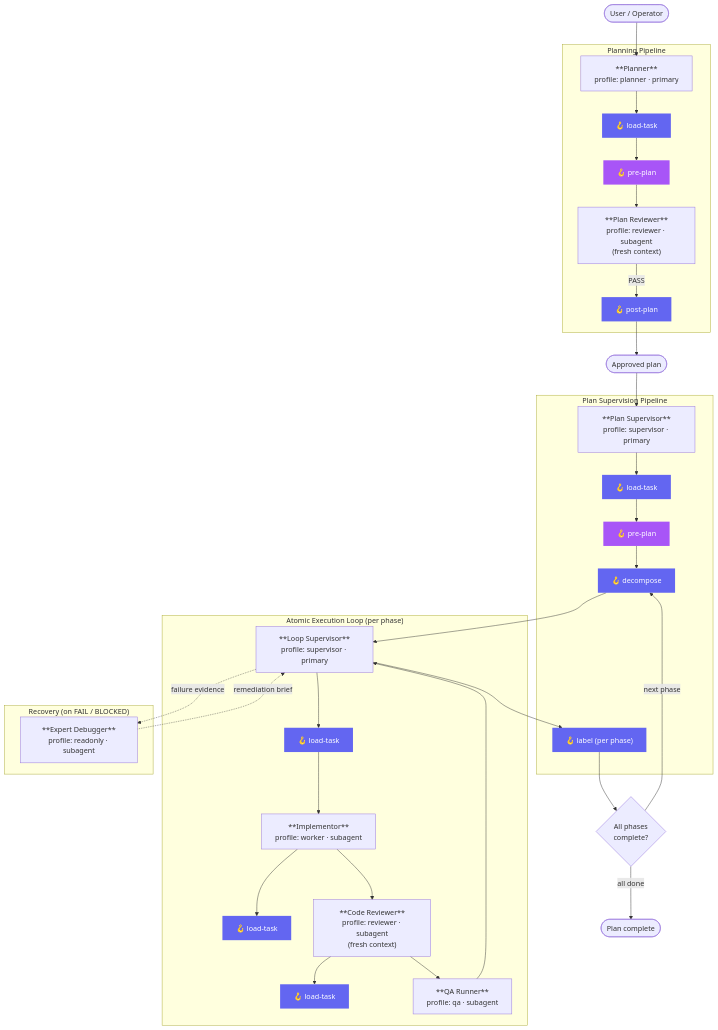
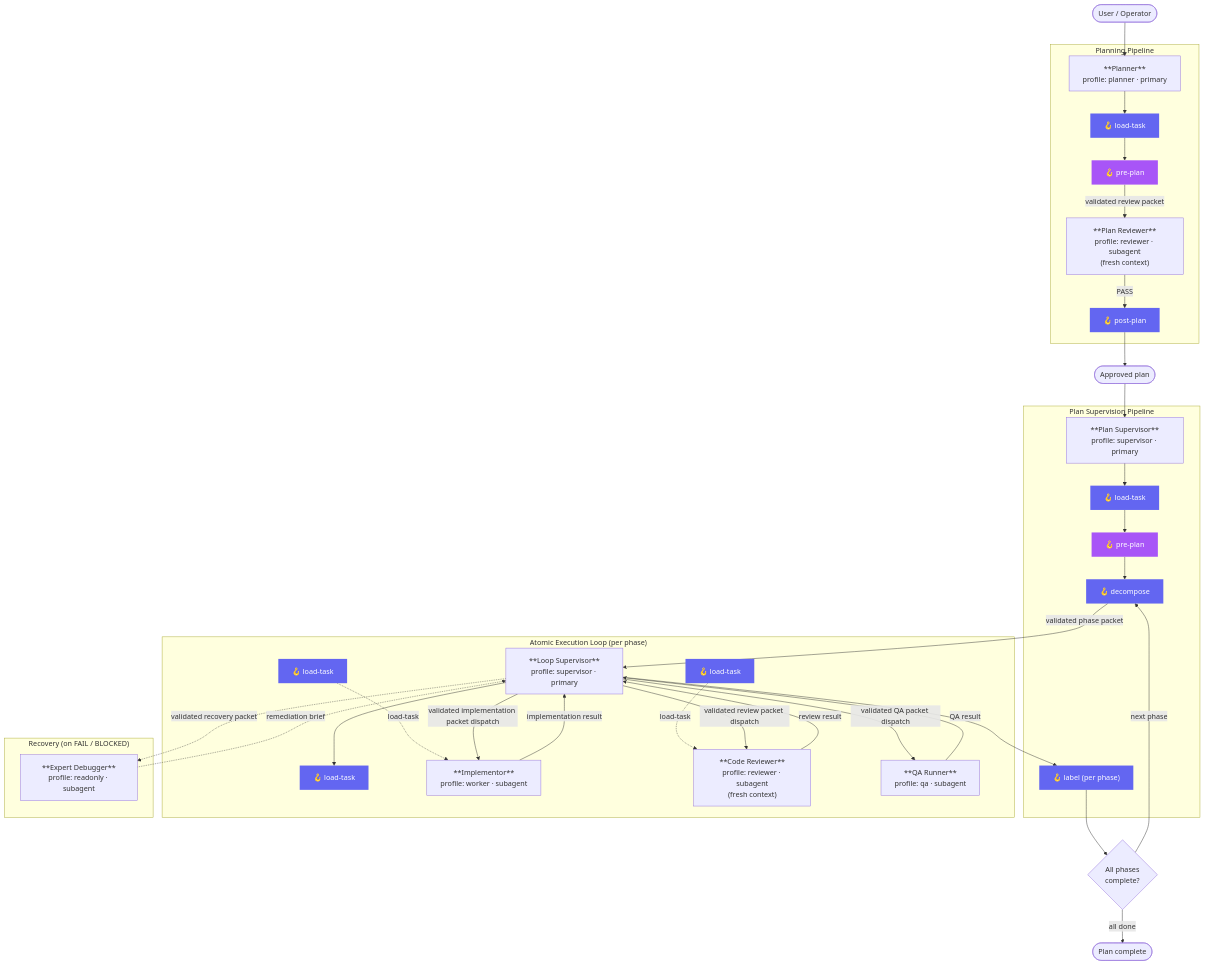
Before and after one commit to ericmaster/agent-fabric: the diagram in docs/architecture/system-overview.md, drawn with Mermaid. The commit also changed other lines of this file and 22 other files, not shown here.

````diff
--- a/docs/architecture/system-overview.md
+++ b/docs/architecture/system-overview.md
@@ -8,68 +11,71 @@
 ```mermaid
 flowchart TD
     USER([User / Operator]) --> PLANNER
 
     subgraph "Planning Pipeline"
         PLANNER["**Planner**\nprofile: planner · primary"]
         H_LT1["🪝 load-task"]
         H_PP1["🪝 pre-plan"]
         PREV["**Plan Reviewer**\nprofile: reviewer · subagent\n(fresh context)"]
         H_POST1["🪝 post-plan"]
     end
 
-    PLANNER --> H_LT1 --> H_PP1 --> PREV
+    PLANNER --> H_LT1 --> H_PP1 -->|"validated review packet"| PREV
     PREV -- PASS --> H_POST1
 
     H_POST1 --> APPROVED([Approved plan])
 
     subgraph "Plan Supervision Pipeline"
         PSUP["**Plan Supervisor**\nprofile: supervisor · primary"]
         H_LT2["🪝 load-task"]
         H_PP2["🪝 pre-plan"]
         H_DEC2["🪝 decompose"]
         H_LBL2["🪝 label (per phase)"]
     end
 
     APPROVED --> PSUP
     PSUP --> H_LT2 --> H_PP2 --> H_DEC2
 
     subgraph "Atomic Execution Loop (per phase)"
         LSUP["**Loop Supervisor**\nprofile: supervisor · primary"]
         H_LT3["🪝 load-task"]
         IMPL["**Implementor**\nprofile: worker · subagent"]
         IMPL_H_LT["🪝 load-task"]
         CREV["**Code Reviewer**\nprofile: reviewer · subagent\n(fresh context)"]
         CREV_H_LT["🪝 load-task"]
         QAR["**QA Runner**\nprofile: qa · subagent"]
     end
 
-    H_DEC2 --> LSUP
-    LSUP --> H_LT3 --> IMPL
-    IMPL --> IMPL_H_LT
-    IMPL --> CREV
-    CREV --> CREV_H_LT
-    CREV --> QAR
-    QAR --> LSUP
+    H_DEC2 -->|"validated phase packet"| LSUP
+    LSUP --> H_LT3
+    IMPL_H_LT -.->|"load-task"| IMPL
+    CREV_H_LT -.->|"load-task"| CREV
+    LSUP -->|"validated implementation packet dispatch"| IMPL
+    IMPL -->|"implementation result"| LSUP
+    LSUP -->|"validated review packet dispatch"| CREV
+    CREV -->|"review result"| LSUP
+    LSUP -->|"validated QA packet dispatch"| QAR
+    QAR -->|"QA result"| LSUP
 
     subgraph "Recovery (on FAIL / BLOCKED)"
         DBG["**Expert Debugger**\nprofile: readonly · subagent"]
     end
 
-    LSUP -.->|"failure evidence"| DBG
+    LSUP -.->|"validated recovery packet"| DBG
     DBG -.->|"remediation brief"| LSUP
 
     LSUP --> H_LBL2 --> PHASE_DONE{All phases\ncomplete?}
     PHASE_DONE -- "next phase" --> H_DEC2
     PHASE_DONE -- "all done" --> COMPLETE([Plan complete])
 
     style H_LT1 fill:#6366f1,color:#fff,stroke:none
     style H_PP1 fill:#a855f7,color:#fff,stroke:none
     style H_POST1 fill:#6366f1,color:#fff,stroke:none
     style H_LT2 fill:#6366f1,color:#fff,stroke:none
     style H_PP2 fill:#a855f7,color:#fff,stroke:none
     style H_DEC2 fill:#6366f1,color:#fff,stroke:none
     style H_LBL2 fill:#6366f1,color:#fff,stroke:none
     style H_LT3 fill:#6366f1,color:#fff,stroke:none
     style IMPL_H_LT fill:#6366f1,color:#fff,stroke:none
     style CREV_H_LT fill:#6366f1,color:#fff,stroke:none
 ```
````
